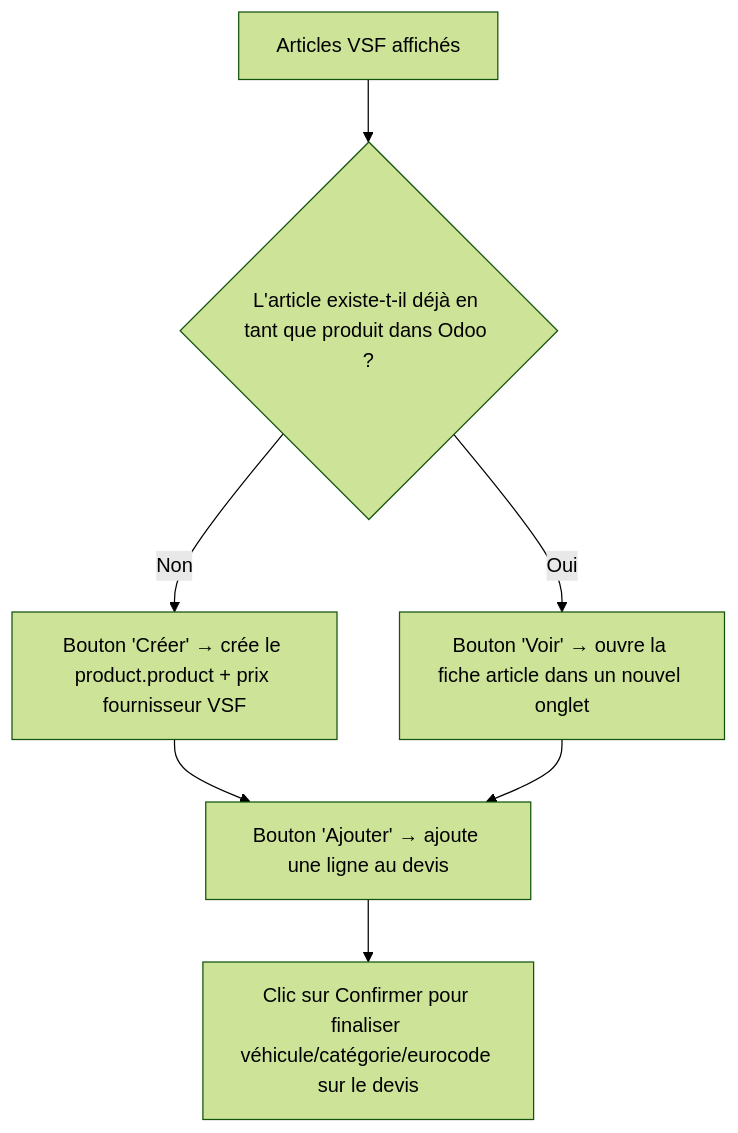
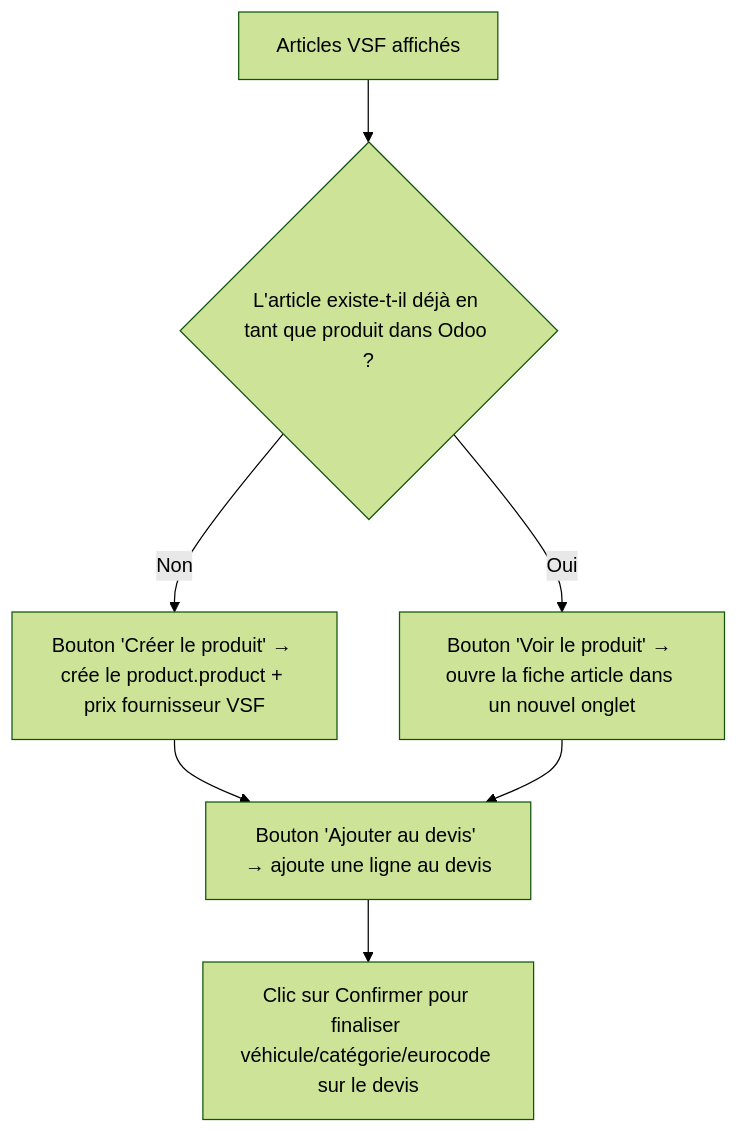
Before and after one commit to rpbmSdk/rpbm: the third of 3 diagrams in rpbm_agent/docs/fonctionnel/parcours-utilisateur.md, drawn with Mermaid (forest theme). The commit also changed other lines of this file and 16 other files, not shown here.

````diff
--- a/rpbm_agent/docs/fonctionnel/parcours-utilisateur.md
+++ b/rpbm_agent/docs/fonctionnel/parcours-utilisateur.md
@@ -66,9 +65,9 @@
 ```mermaid
 flowchart TD
     U[Articles VSF affichés] --> W2{L'article existe-t-il déjà en tant que produit dans Odoo ?}
-    W2 -->|Non| W3["Bouton 'Créer' → crée le product.product + prix fournisseur VSF"]
-    W2 -->|Oui| W4["Bouton 'Voir' → ouvre la fiche article dans un nouvel onglet"]
-    W3 --> W5["Bouton 'Ajouter' → ajoute une ligne au devis"]
+    W2 -->|Non| W3["Bouton 'Créer le produit' → crée le product.product + prix fournisseur VSF"]
+    W2 -->|Oui| W4["Bouton 'Voir le produit' → ouvre la fiche article dans un nouvel onglet"]
+    W3 --> W5["Bouton 'Ajouter au devis' → ajoute une ligne au devis"]
     W4 --> W5
     W5 --> W6[Clic sur Confirmer pour finaliser véhicule/catégorie/eurocode sur le devis]
 ```
````
